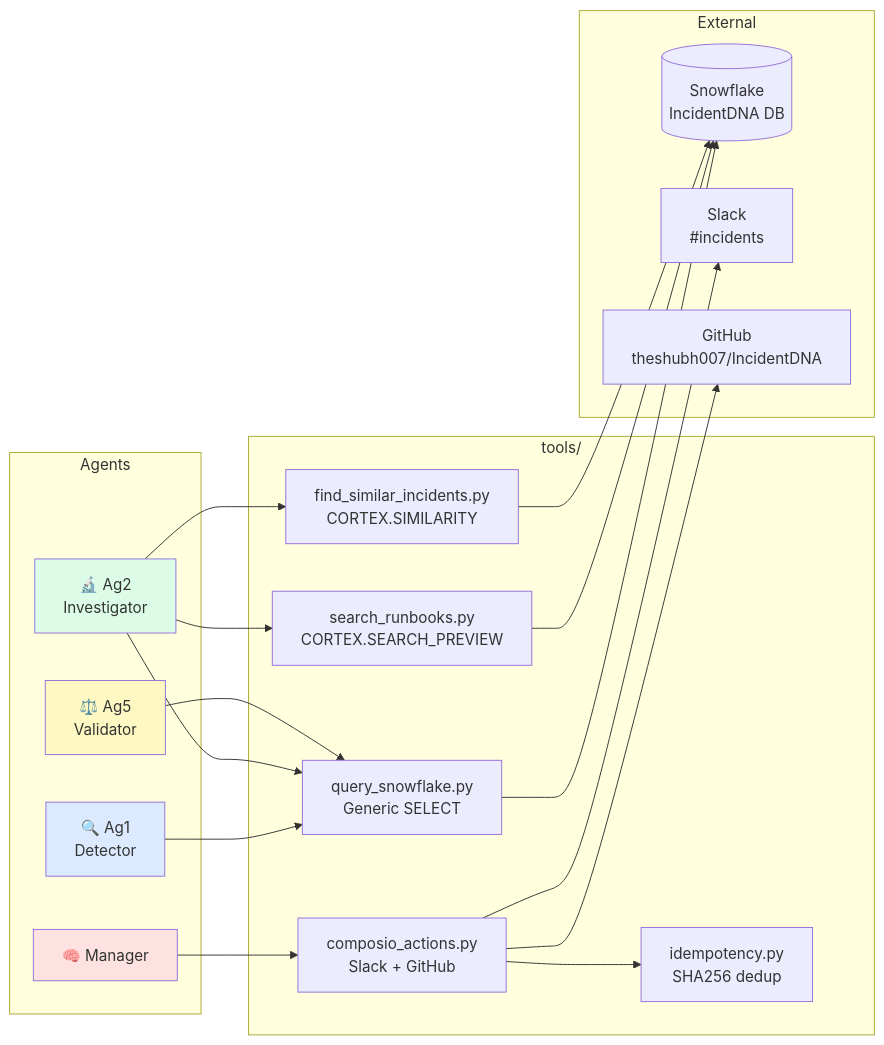
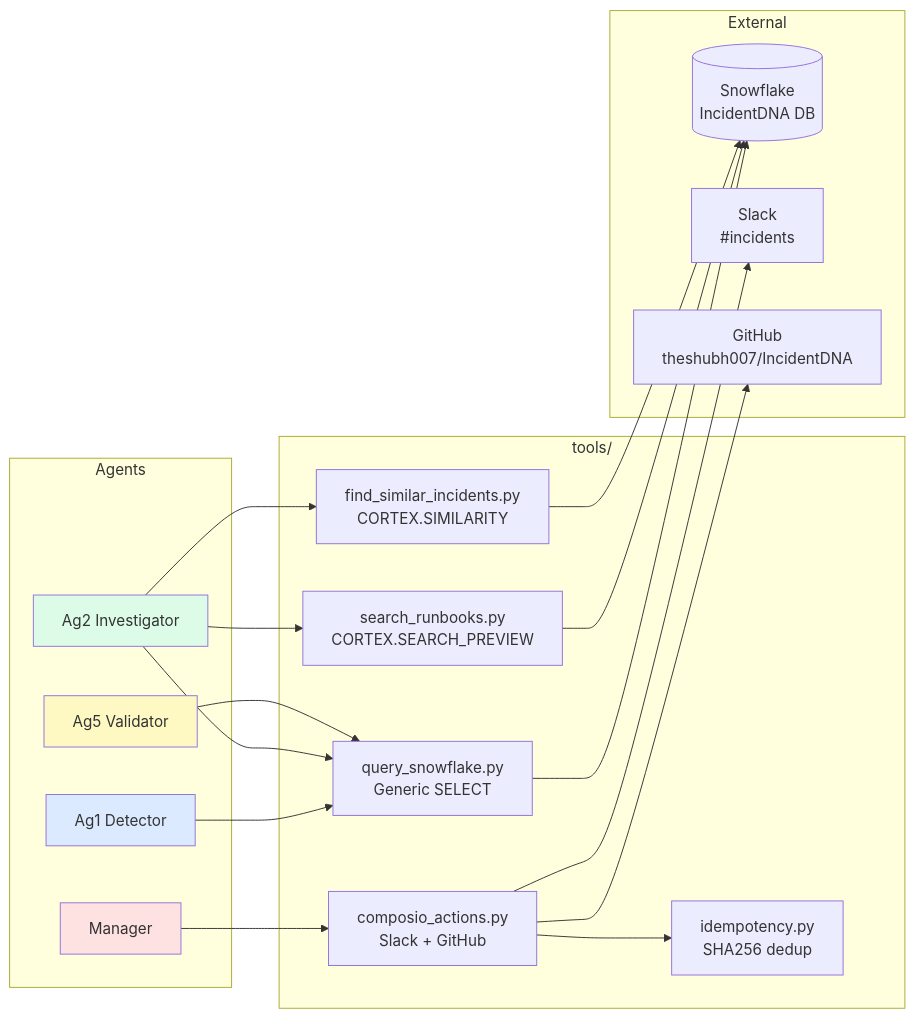
One commit to theshubh007/IncidentDNA changed the fourth of 6 diagrams in ARCHITECTURE.md. Above: the diagram before and after it, drawn with Mermaid. The commit also changed other lines of this file, not shown here.

Commit message:
fix: replace \n and em-dashes in Mermaid diagrams for universal rendering

````diff
--- a/ARCHITECTURE.md
+++ b/ARCHITECTURE.md
@@ -217,42 +221,42 @@
 ```mermaid
 graph LR
     subgraph Agents
-        AG1["🔍 Ag1\nDetector"]
-        AG2["🔬 Ag2\nInvestigator"]
-        AG5["⚖️ Ag5\nValidator"]
-        MGR["🧠 Manager"]
+        AG1["Ag1 Detector"]
+        AG2["Ag2 Investigator"]
+        AG5["Ag5 Validator"]
+        MGR["Manager"]
     end
 
     subgraph Tools["tools/"]
-        T1["query_snowflake.py\nGeneric SELECT"]
-        T2["search_runbooks.py\nCORTEX.SEARCH_PREVIEW"]
-        T3["find_similar_incidents.py\nCORTEX.SIMILARITY"]
-        T4["composio_actions.py\nSlack + GitHub"]
-        T5["idempotency.py\nSHA256 dedup"]
+        T1["query_snowflake.py<br/>Generic SELECT"]
+        T2["search_runbooks.py<br/>CORTEX.SEARCH_PREVIEW"]
+        T3["find_similar_incidents.py<br/>CORTEX.SIMILARITY"]
+        T4["composio_actions.py<br/>Slack + GitHub"]
+        T5["idempotency.py<br/>SHA256 dedup"]
     end
 
     subgraph External
-        SF[("Snowflake\nIncidentDNA DB")]
-        SL["Slack\n#incidents"]
-        GH["GitHub\ntheshubh007/IncidentDNA"]
+        SF[("Snowflake<br/>IncidentDNA DB")]
+        SL["Slack<br/>#incidents"]
+        GH["GitHub<br/>theshubh007/IncidentDNA"]
     end
 
     AG1 --> T1
     AG2 --> T1
     AG2 --> T2
     AG2 --> T3
     AG5 --> T1
     MGR --> T4
 
     T1 --> SF
     T2 --> SF
     T3 --> SF
     T4 --> T5
     T4 --> SL
     T4 --> GH
 
     style AG1 fill:#dbeafe
     style AG2 fill:#dcfce7
     style AG5 fill:#fef9c3
     style MGR fill:#fee2e2
 ```
````
